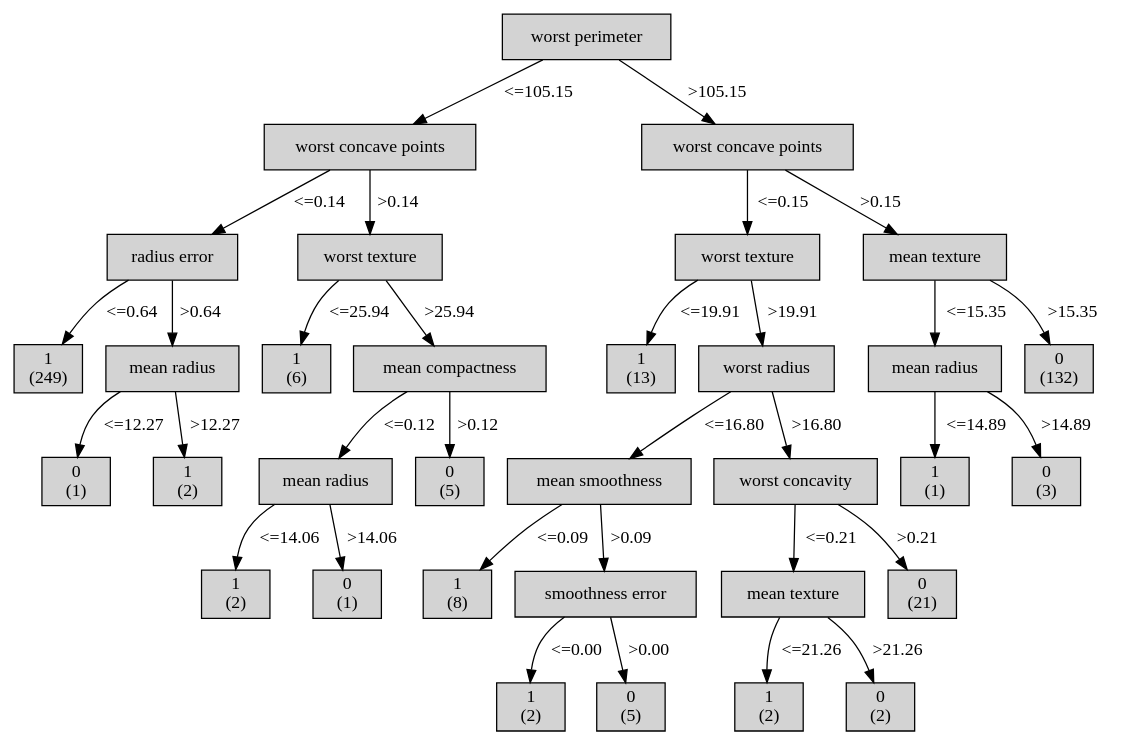
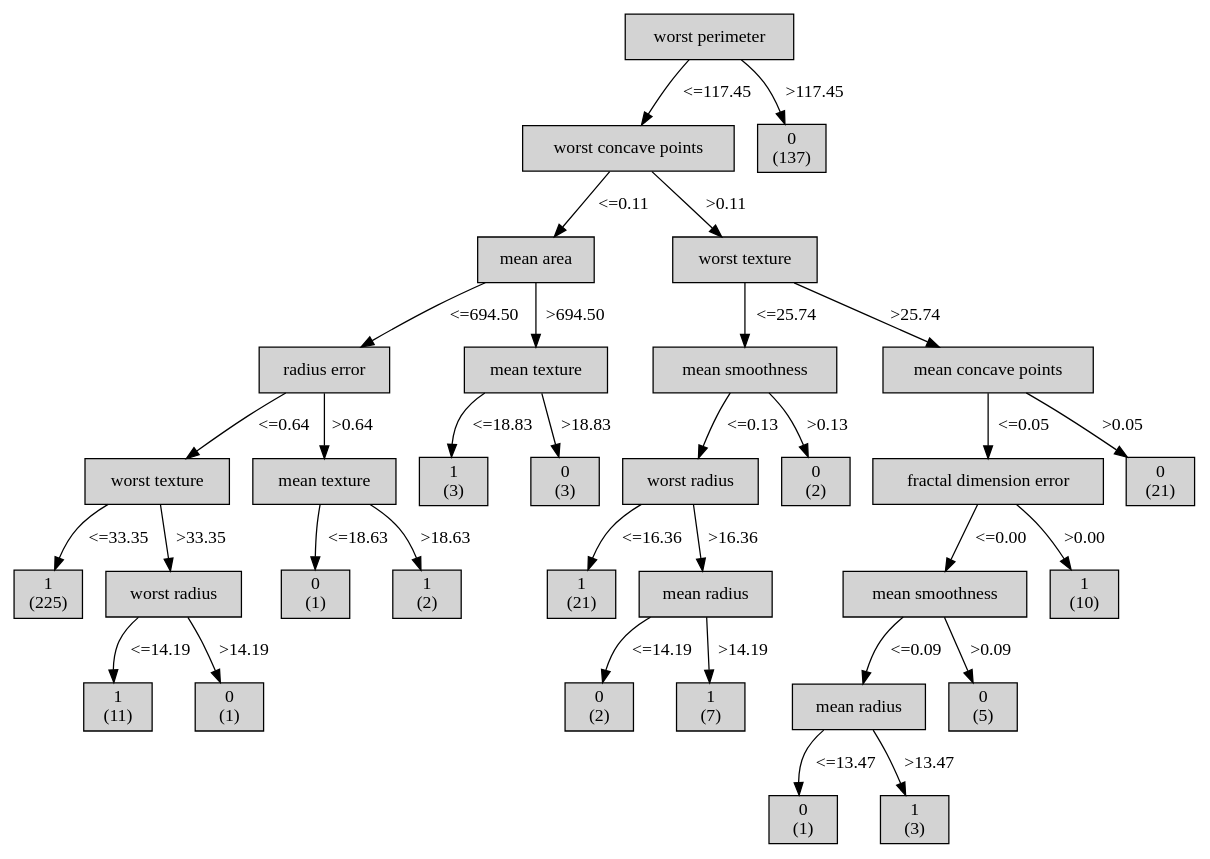
Before and after one commit to benidictusgalihmp/ML-Basic-DTL: the diagram in graph/c_id3.dot, drawn with Graphviz. The commit also changed 3 other files, not shown here.

```diff
--- a/graph/c_id3.dot
+++ b/graph/c_id3.dot
@@ -1,124 +1,125 @@
 digraph ID3_Tree {
 "0" [shape=box, style=filled, label="worst perimeter
 ", weight=1]
 "1" [shape=box, style=filled, label="worst concave points
 ", weight=2]
-0 -> 1 [ label = "<=105.15"];
-"2" [shape=box, style=filled, label="radius error
+0 -> 1 [ label = "<=117.45"];
+"2" [shape=box, style=filled, label="mean area
 ", weight=3]
-1 -> 2 [ label = "<=0.14"];
-"3" [shape=box, style=filled, label="1
-(249)
+1 -> 2 [ label = "<=0.11"];
+"3" [shape=box, style=filled, label="radius error
 ", weight=4]
-2 -> 3 [ label = "<=0.64"];
-"4" [shape=box, style=filled, label="mean radius
-", weight=4]
-2 -> 4 [ label = ">0.64"];
-"5" [shape=box, style=filled, label="0
+2 -> 3 [ label = "<=694.50"];
+"4" [shape=box, style=filled, label="worst texture
+", weight=5]
+3 -> 4 [ label = "<=0.64"];
+"5" [shape=box, style=filled, label="1
+(225)
+", weight=6]
+4 -> 5 [ label = "<=33.35"];
+"6" [shape=box, style=filled, label="worst radius
+", weight=6]
+4 -> 6 [ label = ">33.35"];
+"7" [shape=box, style=filled, label="1
+(11)
+", weight=7]
+6 -> 7 [ label = "<=14.19"];
+"8" [shape=box, style=filled, label="0
 (1)
+", weight=7]
+6 -> 8 [ label = ">14.19"];
+"9" [shape=box, style=filled, label="mean texture
 ", weight=5]
-4 -> 5 [ label = "<=12.27"];
-"6" [shape=box, style=filled, label="1
-(2)
-", weight=5]
-4 -> 6 [ label = ">12.27"];
-"7" [shape=box, style=filled, label="worst texture
-", weight=3]
-1 -> 7 [ label = ">0.14"];
-"8" [shape=box, style=filled, label="1
-(6)
-", weight=4]
-7 -> 8 [ label = "<=25.94"];
-"9" [shape=box, style=filled, label="mean compactness
-", weight=4]
-7 -> 9 [ label = ">25.94"];
-"10" [shape=box, style=filled, label="mean radius
-", weight=5]
-9 -> 10 [ label = "<=0.12"];
+3 -> 9 [ label = ">0.64"];
+"10" [shape=box, style=filled, label="0
+(1)
+", weight=6]
+9 -> 10 [ label = "<=18.63"];
 "11" [shape=box, style=filled, label="1
 (2)
 ", weight=6]
-10 -> 11 [ label = "<=14.06"];
-"12" [shape=box, style=filled, label="0
-(1)
-", weight=6]
-10 -> 12 [ label = ">14.06"];
-"13" [shape=box, style=filled, label="0
-(5)
+9 -> 11 [ label = ">18.63"];
+"12" [shape=box, style=filled, label="mean texture
+", weight=4]
+2 -> 12 [ label = ">694.50"];
+"13" [shape=box, style=filled, label="1
+(3)
 ", weight=5]
-9 -> 13 [ label = ">0.12"];
-"14" [shape=box, style=filled, label="worst concave points
-", weight=2]
-0 -> 14 [ label = ">105.15"];
+12 -> 13 [ label = "<=18.83"];
+"14" [shape=box, style=filled, label="0
+(3)
+", weight=5]
+12 -> 14 [ label = ">18.83"];
 "15" [shape=box, style=filled, label="worst texture
 ", weight=3]
-14 -> 15 [ label = "<=0.15"];
-"16" [shape=box, style=filled, label="1
-(13)
+1 -> 15 [ label = ">0.11"];
+"16" [shape=box, style=filled, label="mean smoothness
 ", weight=4]
-15 -> 16 [ label = "<=19.91"];
+15 -> 16 [ label = "<=25.74"];
 "17" [shape=box, style=filled, label="worst radius
-", weight=4]
-15 -> 17 [ label = ">19.91"];
-"18" [shape=box, style=filled, label="mean smoothness
 ", weight=5]
-17 -> 18 [ label = "<=16.80"];
-"19" [shape=box, style=filled, label="1
-(8)
+16 -> 17 [ label = "<=0.13"];
+"18" [shape=box, style=filled, label="1
+(21)
 ", weight=6]
-18 -> 19 [ label = "<=0.09"];
-"20" [shape=box, style=filled, label="smoothness error
+17 -> 18 [ label = "<=16.36"];
+"19" [shape=box, style=filled, label="mean radius
 ", weight=6]
-18 -> 20 [ label = ">0.09"];
-"21" [shape=box, style=filled, label="1
+17 -> 19 [ label = ">16.36"];
+"20" [shape=box, style=filled, label="0
 (2)
 ", weight=7]
-20 -> 21 [ label = "<=0.00"];
+19 -> 20 [ label = "<=14.19"];
+"21" [shape=box, style=filled, label="1
+(7)
+", weight=7]
+19 -> 21 [ label = ">14.19"];
 "22" [shape=box, style=filled, label="0
+(2)
+", weight=5]
+16 -> 22 [ label = ">0.13"];
+"23" [shape=box, style=filled, label="mean concave points
+", weight=4]
+15 -> 23 [ label = ">25.74"];
+"24" [shape=box, style=filled, label="fractal dimension error
+", weight=5]
+23 -> 24 [ label = "<=0.05"];
+"25" [shape=box, style=filled, label="mean smoothness
+", weight=6]
+24 -> 25 [ label = "<=0.00"];
+"26" [shape=box, style=filled, label="mean radius
+", weight=7]
+25 -> 26 [ label = "<=0.09"];
+"27" [shape=box, style=filled, label="0
+(1)
+", weight=8]
+26 -> 27 [ label = "<=13.47"];
+"28" [shape=box, style=filled, label="1
+(3)
+", weight=8]
+26 -> 28 [ label = ">13.47"];
+"29" [shape=box, style=filled, label="0
 (5)
 ", weight=7]
-20 -> 22 [ label = ">0.00"];
-"23" [shape=box, style=filled, label="worst concavity
+25 -> 29 [ label = ">0.09"];
+"30" [shape=box, style=filled, label="1
+(10)
+", weight=6]
+24 -> 30 [ label = ">0.00"];
+"31" [shape=box, style=filled, label="0
+(21)
 ", weight=5]
-17 -> 23 [ label = ">16.80"];
-"24" [shape=box, style=filled, label="mean texture
-", weight=6]
-23 -> 24 [ label = "<=0.21"];
-"25" [shape=box, style=filled, label="1
-(2)
-", weight=7]
-24 -> 25 [ label = "<=21.26"];
-"26" [shape=box, style=filled, label="0
-(2)
-", weight=7]
-24 -> 26 [ label = ">21.26"];
-"27" [shape=box, style=filled, label="0
-(21)
-", weight=6]
-23 -> 27 [ label = ">0.21"];
-"28" [shape=box, style=filled, label="mean texture
-", weight=3]
-14 -> 28 [ label = ">0.15"];
-"29" [shape=box, style=filled, label="mean radius
-", weight=4]
-28 -> 29 [ label = "<=15.35"];
-"30" [shape=box, style=filled, label="1
-(1)
-", weight=5]
-29 -> 30 [ label = "<=14.89"];
-"31" [shape=box, style=filled, label="0
-(3)
-", weight=5]
-29 -> 31 [ label = ">14.89"];
+23 -> 31 [ label = ">0.05"];
 "32" [shape=box, style=filled, label="0
-(132)
-", weight=4]
-28 -> 32 [ label = ">15.35"];
+(137)
+", weight=2]
+0 -> 32 [ label = ">117.45"];
 {rank=same; 0;};
-{rank=same; 1;14;};
-{rank=same; 2;7;15;28;};
-{rank=same; 3;4;8;9;16;17;29;32;};
-{rank=same; 5;6;10;13;18;23;30;31;};
-{rank=same; 11;12;19;20;24;27;};
-{rank=same; 21;22;25;26;};
+{rank=same; 1;32;};
+{rank=same; 2;15;};
+{rank=same; 3;12;16;23;};
+{rank=same; 4;9;13;14;17;22;24;31;};
+{rank=same; 5;6;10;11;18;19;25;30;};
+{rank=same; 7;8;20;21;26;29;};
+{rank=same; 27;28;};
 }
```
